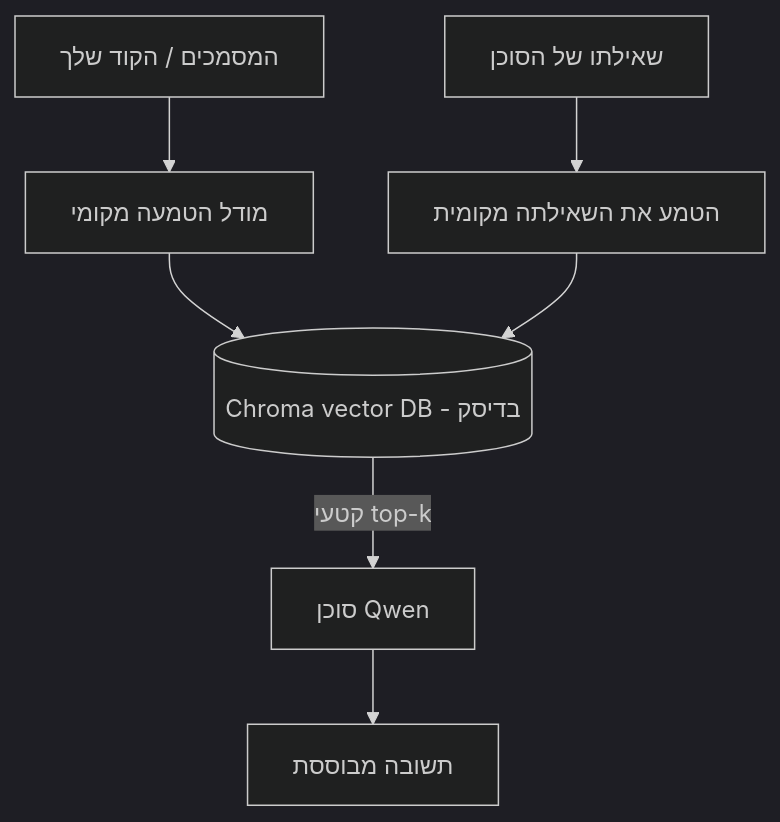
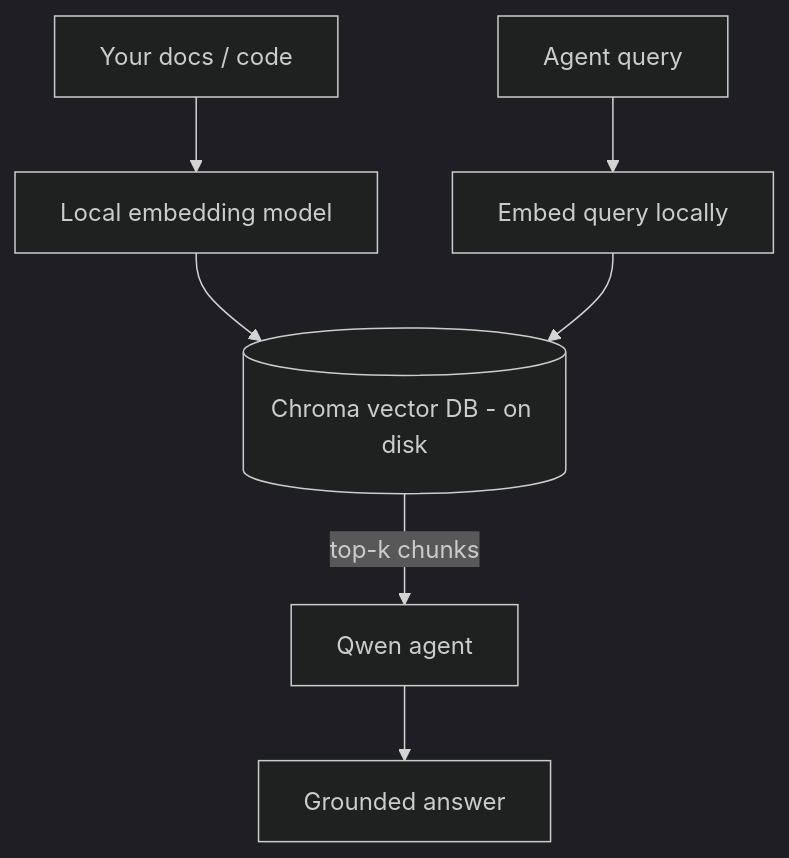
Before and after one commit to gabrielmoreira/agent-skills-mirror: the third of 4 diagrams in mirrors/repos/microsoft@ai-agents-for-beginners/translations/he/17-creating-local-ai-agents/README.md, drawn with Mermaid (dark theme). The commit also changed other lines of this file and 5918 other files, not shown here.

````diff
--- a/mirrors/repos/microsoft@ai-agents-for-beginners/translations/he/17-creating-local-ai-agents/README.md
+++ b/mirrors/repos/microsoft@ai-agents-for-beginners/translations/he/17-creating-local-ai-agents/README.md
@@ -125,9 +125,9 @@
 ```mermaid
 flowchart TB
-    D[המסמכים / הקוד שלך] --> E[מודל הטמעה מקומי]
-    E --> V[(Chroma vector DB - בדיסק)]
-    Q[שאילתו של הסוכן] --> QE[הטמע את השאילתה מקומית]
+    D[Your docs / code] --> E[Local embedding model]
+    E --> V[(Chroma vector DB - on disk)]
+    Q[Agent query] --> QE[Embed query locally]
     QE --> V
-    V -->|קטעי top-k| A[סוכן Qwen]
-    A --> Ans[תשובה מבוססת]
+    V -->|top-k chunks| A[Qwen agent]
+    A --> Ans[Grounded answer]
 ```
````
